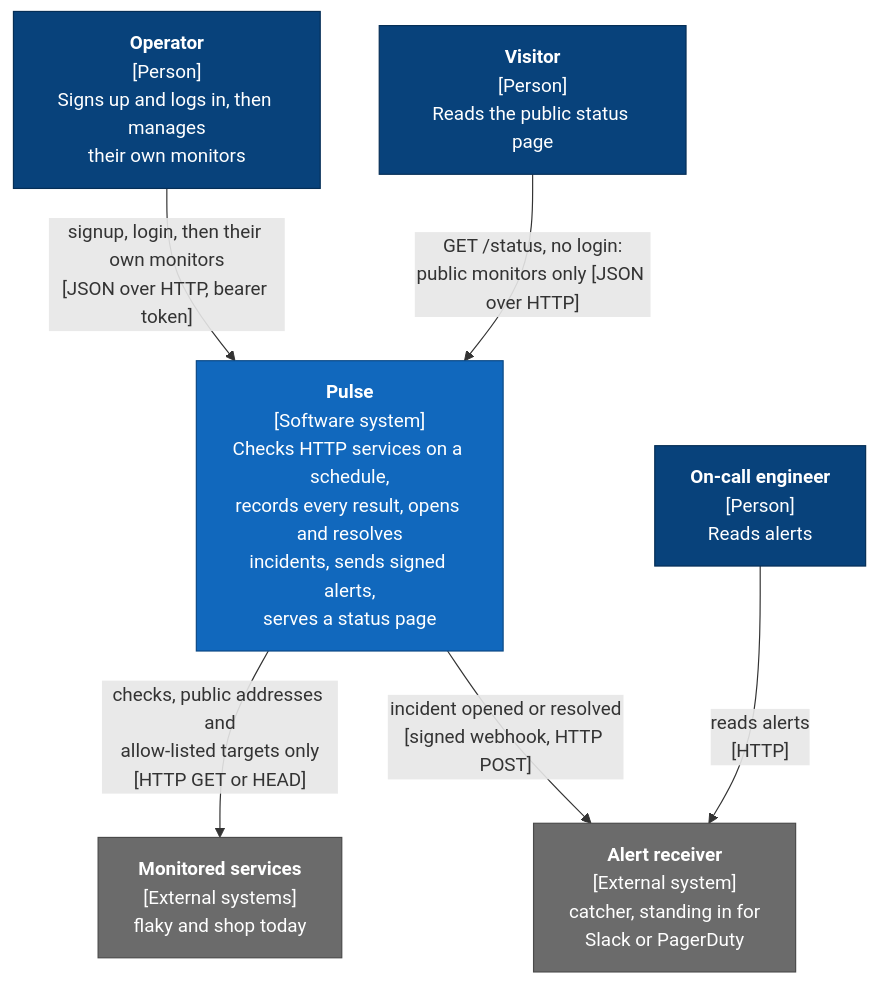
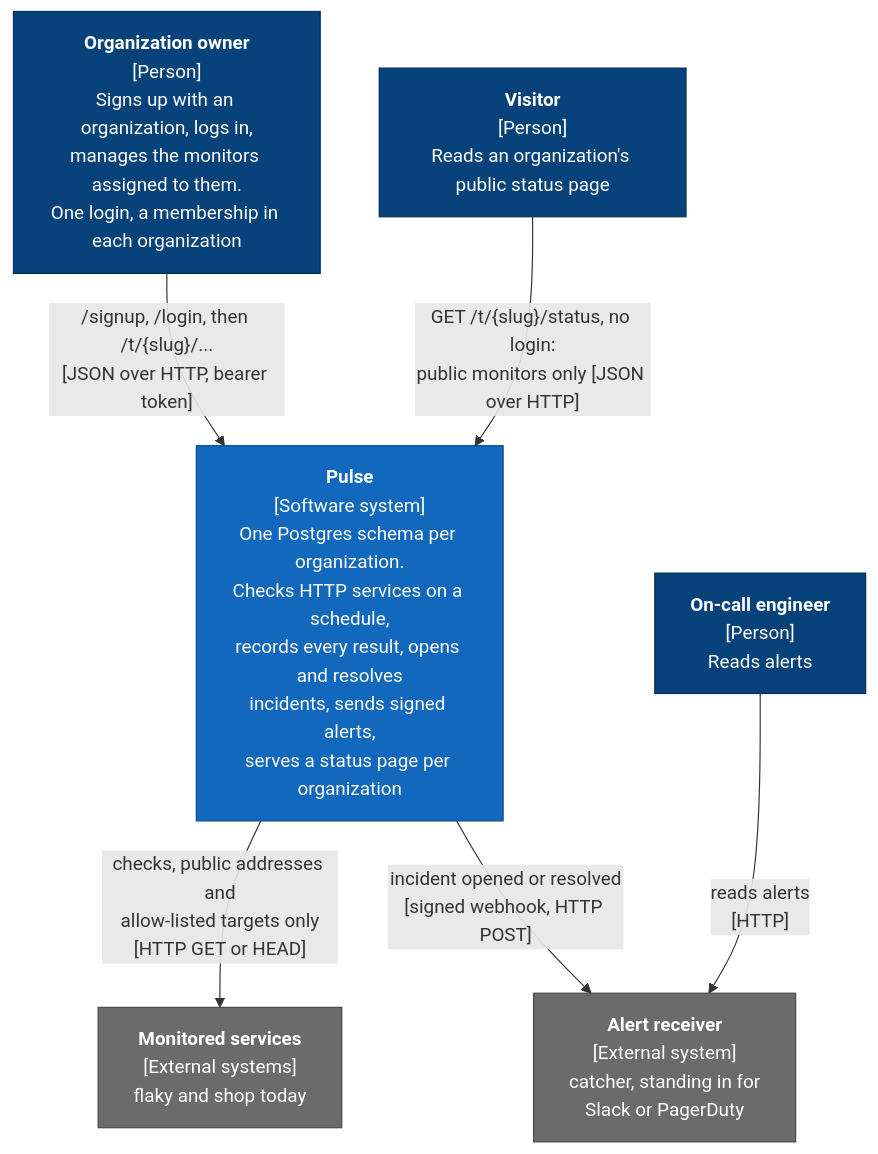
The first of 13 diagrams in ARCHITECTURE.md (wbaghdadi20/pulse), drawn with Mermaid before and after one commit. The commit also changed other lines of this file, not shown here.

Commit message:
docs: the architecture with organizations, their schemas and the assignee

````diff
--- a/ARCHITECTURE.md
+++ b/ARCHITECTURE.md
@@ -18,22 +18,22 @@
 ```mermaid
 flowchart TB
-    operator["<b>Operator</b><br/>[Person]<br/>Signs up and logs in, then manages<br/>their own monitors"]
+    operator["<b>Organization owner</b><br/>[Person]<br/>Signs up with an organization, logs in,<br/>manages the monitors assigned to them.<br/>One login, a membership in each organization"]
     oncall["<b>On-call engineer</b><br/>[Person]<br/>Reads alerts"]
-    visitor["<b>Visitor</b><br/>[Person]<br/>Reads the public status page"]
-    pulse["<b>Pulse</b><br/>[Software system]<br/>Checks HTTP services on a schedule,<br/>records every result, opens and resolves<br/>incidents, sends signed alerts,<br/>serves a status page"]
+    visitor["<b>Visitor</b><br/>[Person]<br/>Reads an organization's public status page"]
+    pulse["<b>Pulse</b><br/>[Software system]<br/>One Postgres schema per organization.<br/>Checks HTTP services on a schedule,<br/>records every result, opens and resolves<br/>incidents, sends signed alerts,<br/>serves a status page per organization"]
     targets["<b>Monitored services</b><br/>[External systems]<br/>flaky and shop today"]
     receiver["<b>Alert receiver</b><br/>[External system]<br/>catcher, standing in for<br/>Slack or PagerDuty"]
 
-    operator -- "signup, login, then their own monitors<br/>[JSON over HTTP, bearer token]" --> pulse
-    visitor -- "GET /status, no login:<br/>public monitors only [JSON over HTTP]" --> pulse
+    operator -- "/signup, /login, then /t/{slug}/...<br/>[JSON over HTTP, bearer token]" --> pulse
+    visitor -- "GET /t/{slug}/status, no login:<br/>public monitors only [JSON over HTTP]" --> pulse
     pulse -- "checks, public addresses and<br/>allow-listed targets only<br/>[HTTP GET or HEAD]" --> targets
     pulse -- "incident opened or resolved<br/>[signed webhook, HTTP POST]" --> receiver
     oncall -- "reads alerts<br/>[HTTP]" --> receiver
 
     classDef person fill:#08427b,stroke:#052e56,color:#ffffff
     classDef system fill:#1168bd,stroke:#0b4884,color:#ffffff
     classDef external fill:#6b6b6b,stroke:#4a4a4a,color:#ffffff
     class operator,oncall,visitor person
     class pulse system
     class targets,receiver external
 ```
````
